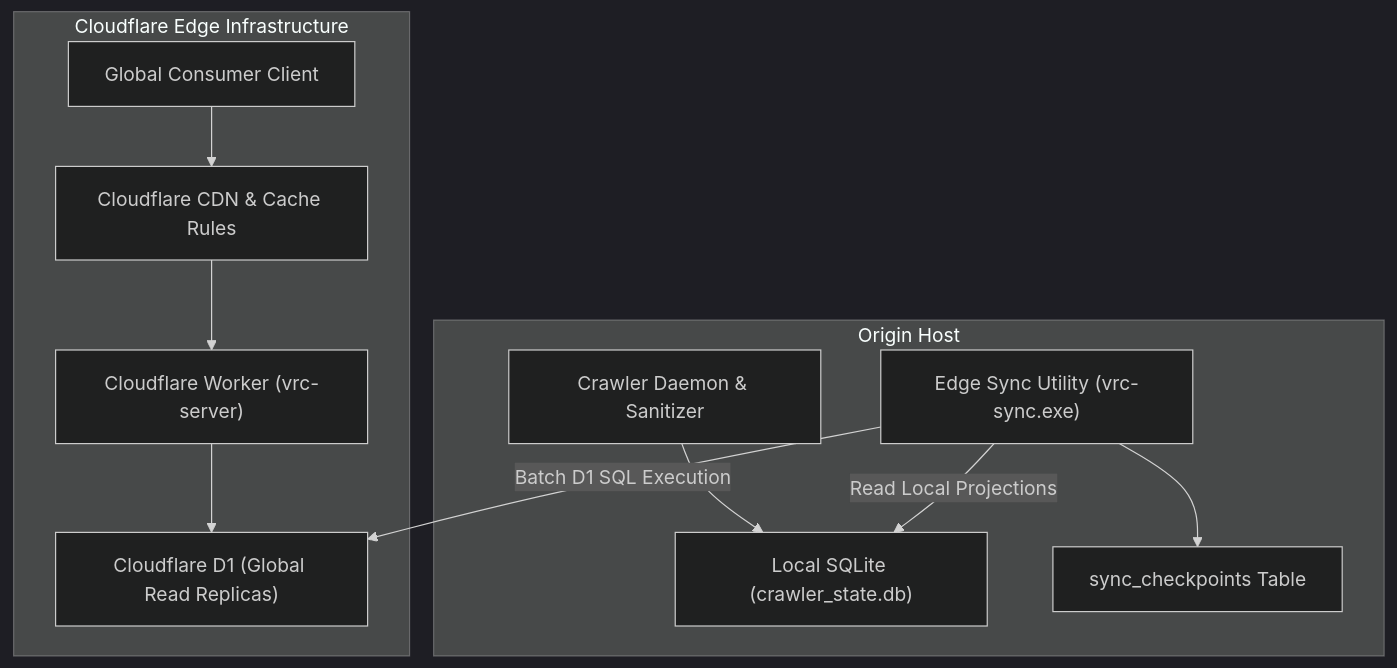
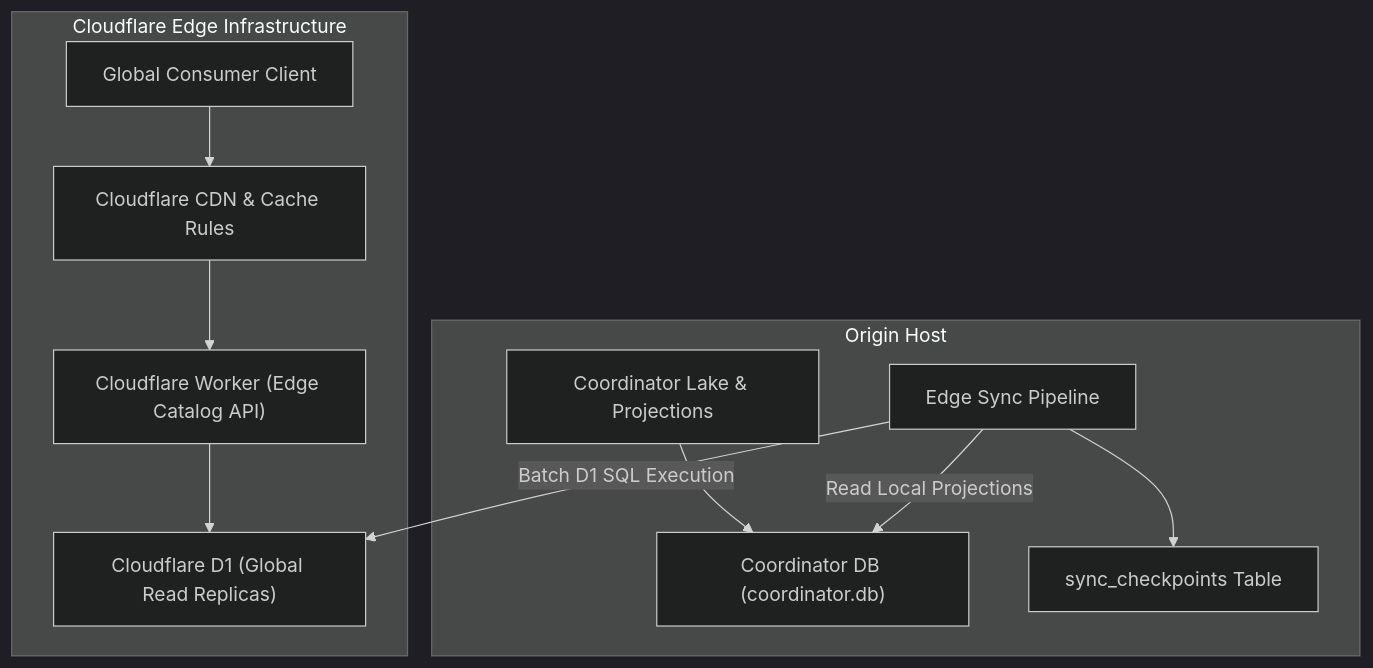
Before and after one commit to SlamTheDragon/vrc-package-crawler: the first of 4 diagrams in docs/research/topics/08_edge_synchronization_and_distributed_catalogs.md, drawn with Mermaid (dark theme). The commit also changed other lines of this file and 35 other files, not shown here.

````diff
--- a/docs/research/topics/08_edge_synchronization_and_distributed_catalogs.md
+++ b/docs/research/topics/08_edge_synchronization_and_distributed_catalogs.md
@@ -12,14 +12,14 @@
 ```mermaid
 flowchart TD
     subgraph Origin Host
-        C["Crawler Daemon & Sanitizer"] --> S["Local SQLite (crawler_state.db)"]
-        Sync["Edge Sync Utility (vrc-sync.exe)"] -->|Read Local Projections| S
+        C["Coordinator Lake & Projections"] --> S["Coordinator DB (coordinator.db)"]
+        Sync["Edge Sync Pipeline"] -->|Read Local Projections| S
         Sync --> CP["sync_checkpoints Table"]
     end
     subgraph Cloudflare Edge Infrastructure
         Sync -->|Batch D1 SQL Execution| D1["Cloudflare D1 (Global Read Replicas)"]
-        W["Cloudflare Worker (vrc-server)"] --> D1
+        W["Cloudflare Worker (Edge Catalog API)"] --> D1
         User["Global Consumer Client"] --> CDN["Cloudflare CDN & Cache Rules"]
         CDN --> W
     end
 ```
````
